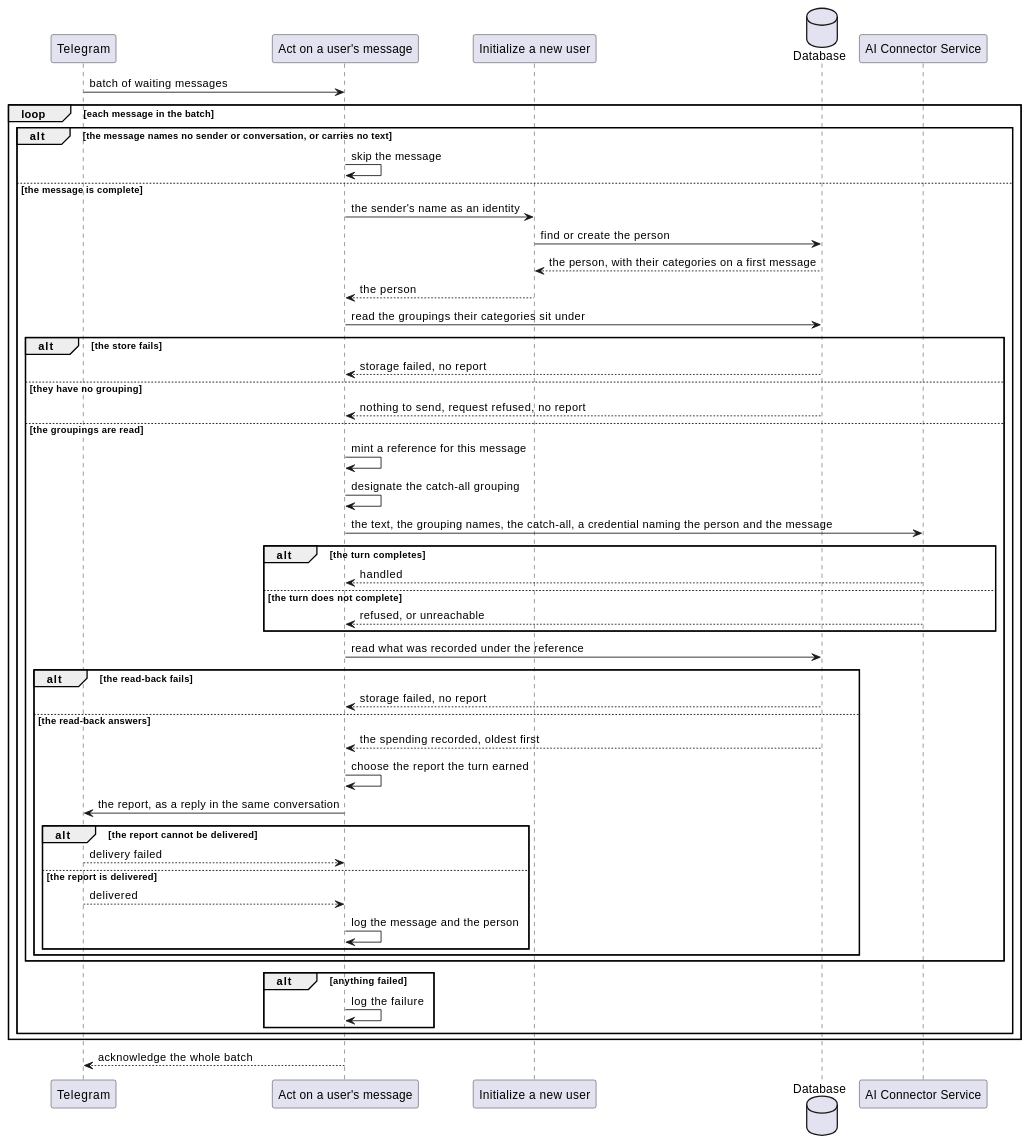
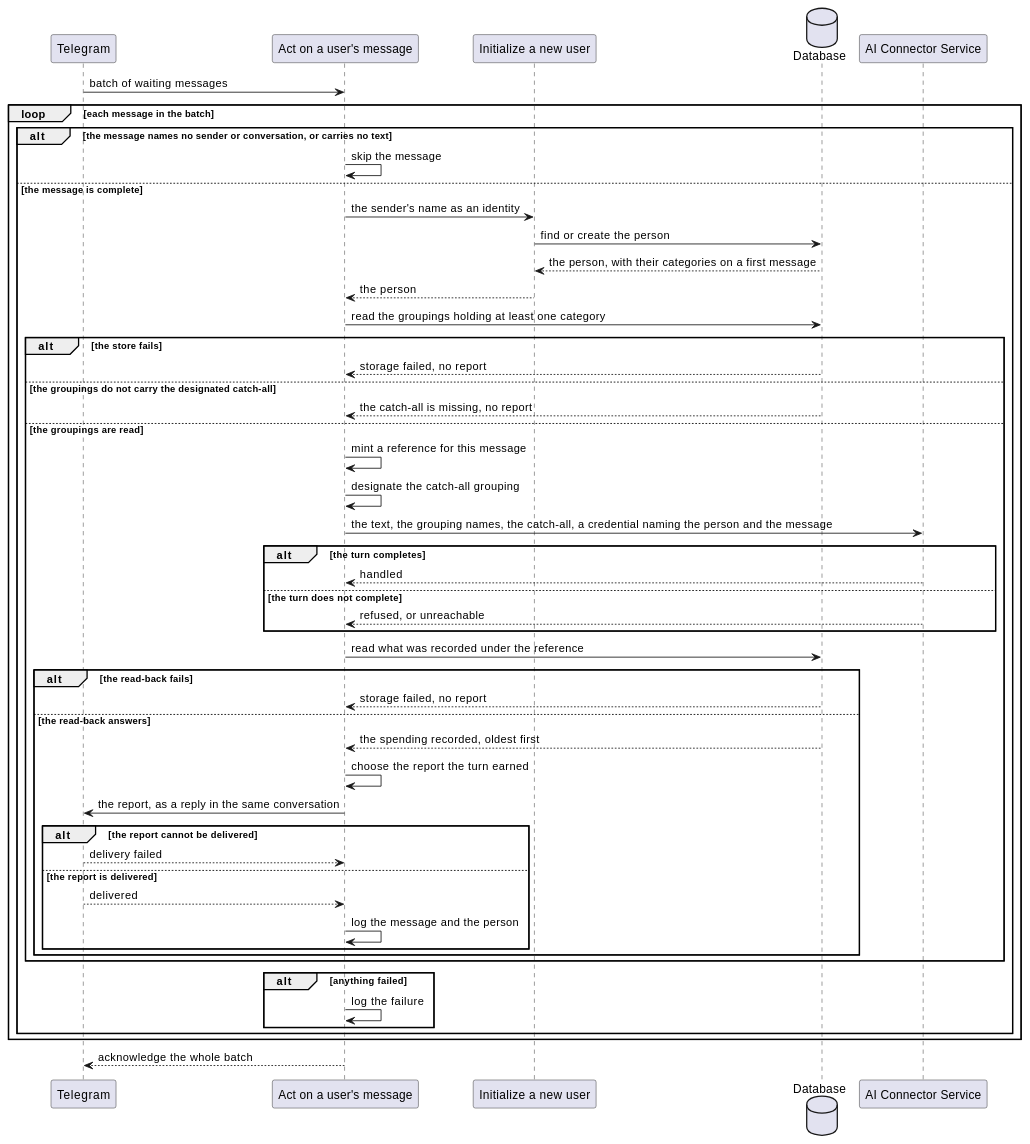
One commit to ds-usova/finance-bot changed the second of 2 diagrams in ledger-service/docs/usecases/handle-incoming-message.md. Above: the diagram before and after it, drawn with PlantUML. The commit also changed other lines of this file and 31 other files, not shown here.

Commit message:
Feature: require a stored catch-all grouping and keep empty groupings from the model

````diff
--- a/ledger-service/docs/usecases/handle-incoming-message.md
+++ b/ledger-service/docs/usecases/handle-incoming-message.md
@@ -156,56 +157,56 @@
 ```plantuml
 @startuml ActOnUserMessage-Sequence
 participant "Telegram" as TG
 participant "Act on a user's message" as UC
 participant "Initialize a new user" as IU
 database "Database" as DB
 participant "AI Connector Service" as AI
 
 TG -> UC : batch of waiting messages
 
 loop each message in the batch
   alt the message names no sender or conversation, or carries no text
     UC -> UC : skip the message
   else the message is complete
     UC -> IU : the sender's name as an identity
     IU -> DB : find or create the person
     DB --> IU : the person, with their categories on a first message
     IU --> UC : the person
-    UC -> DB : read the groupings their categories sit under
+    UC -> DB : read the groupings holding at least one category
     alt the store fails
       DB --> UC : storage failed, no report
-    else they have no grouping
-      DB --> UC : nothing to send, request refused, no report
+    else the groupings do not carry the designated catch-all
+      DB --> UC : the catch-all is missing, no report
     else the groupings are read
       UC -> UC : mint a reference for this message
       UC -> UC : designate the catch-all grouping
       UC -> AI : the text, the grouping names, the catch-all, a credential naming the person and the message
       alt the turn completes
         AI --> UC : handled
       else the turn does not complete
         AI --> UC : refused, or unreachable
       end
       UC -> DB : read what was recorded under the reference
       alt the read-back fails
         DB --> UC : storage failed, no report
       else the read-back answers
         DB --> UC : the spending recorded, oldest first
         UC -> UC : choose the report the turn earned
         UC -> TG : the report, as a reply in the same conversation
         alt the report cannot be delivered
           TG --> UC : delivery failed
         else the report is delivered
           TG --> UC : delivered
           UC -> UC : log the message and the person
         end
       end
     end
     alt anything failed
       UC -> UC : log the failure
     end
   end
 end
 
 UC --> TG : acknowledge the whole batch
 @enduml
 ```
````
